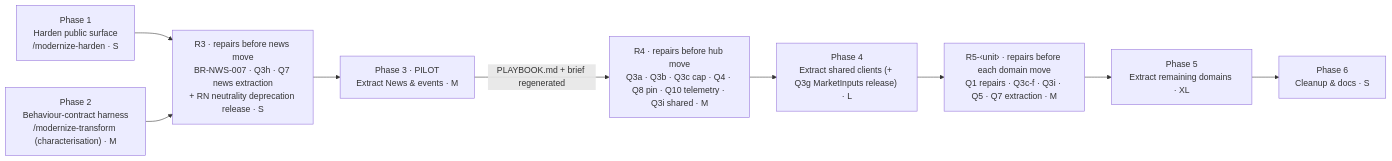
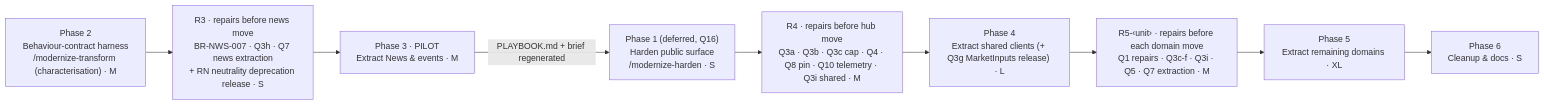
One commit to carnat/yahoo-finance-mcp changed the second of 2 diagrams in analysis/yahoo-finance-mcp/MODERNIZATION_BRIEF.md. Above: the diagram before and after it, drawn with Mermaid. The commit also changed other lines of this file, not shown here.

First line of the commit message:
Brief: Q16 — defer all of Phase 1 until after the pilot; record accepted risk

````diff
--- a/analysis/yahoo-finance-mcp/MODERNIZATION_BRIEF.md
+++ b/analysis/yahoo-finance-mcp/MODERNIZATION_BRIEF.md
@@ -159,20 +159,20 @@
 ```mermaid
 flowchart LR
-  P1["Phase 1<br/>Harden public surface<br/>/modernize-harden · S"]
+  P1["Phase 1 (deferred, Q16)<br/>Harden public surface<br/>/modernize-harden · S"]
   P2["Phase 2<br/>Behaviour-contract harness<br/>/modernize-transform (characterisation) · M"]
   R3["R3 · repairs before news move<br/>BR-NWS-007 · Q3h · Q7 news extraction<br/>+ RN neutrality deprecation release · S"]
   P3["Phase 3 · PILOT<br/>Extract News & events · M"]
   R4["R4 · repairs before hub move<br/>Q3a · Q3b · Q3c cap · Q4 · Q8 pin · Q10 telemetry · Q3i shared · M"]
   P4["Phase 4<br/>Extract shared clients (+ Q3g MarketInputs release) · L"]
   R5["R5-‹unit› · repairs before each domain move<br/>Q1 repairs · Q3c-f · Q3i · Q5 · Q7 extraction · M"]
   P5["Phase 5<br/>Extract remaining domains · XL"]
   P6["Phase 6<br/>Cleanup & docs · S"]
-  P1 --> R3
   P2 --> R3
   R3 --> P3
-  P3 -->|"PLAYBOOK.md + brief regenerated"| R4
+  P3 -->|"PLAYBOOK.md + brief regenerated"| P1
+  P1 --> R4
   R4 --> P4
   P4 --> R5
   R5 --> P5
   P5 --> P6
 ```
````
